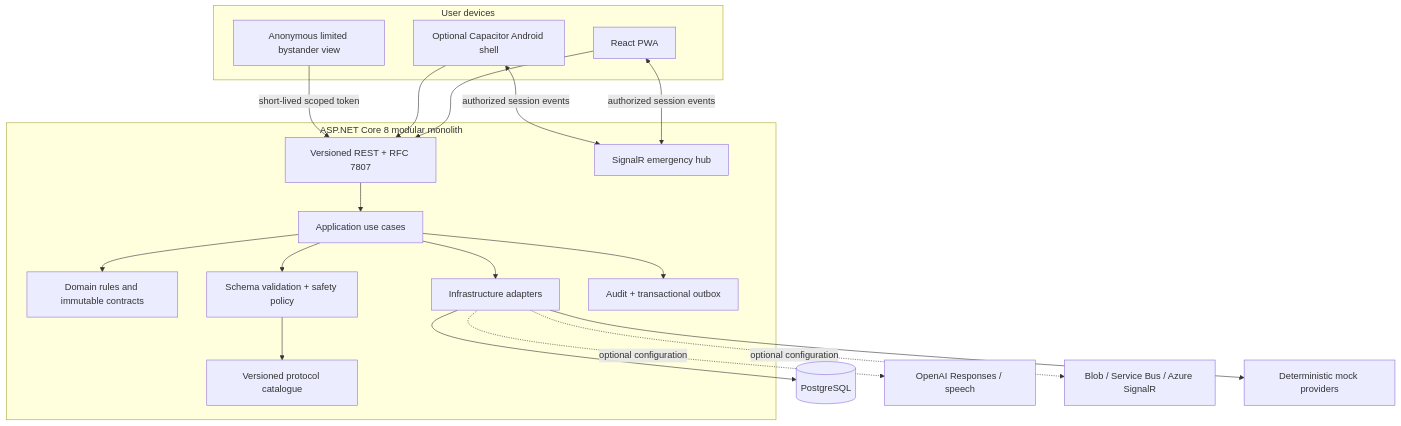
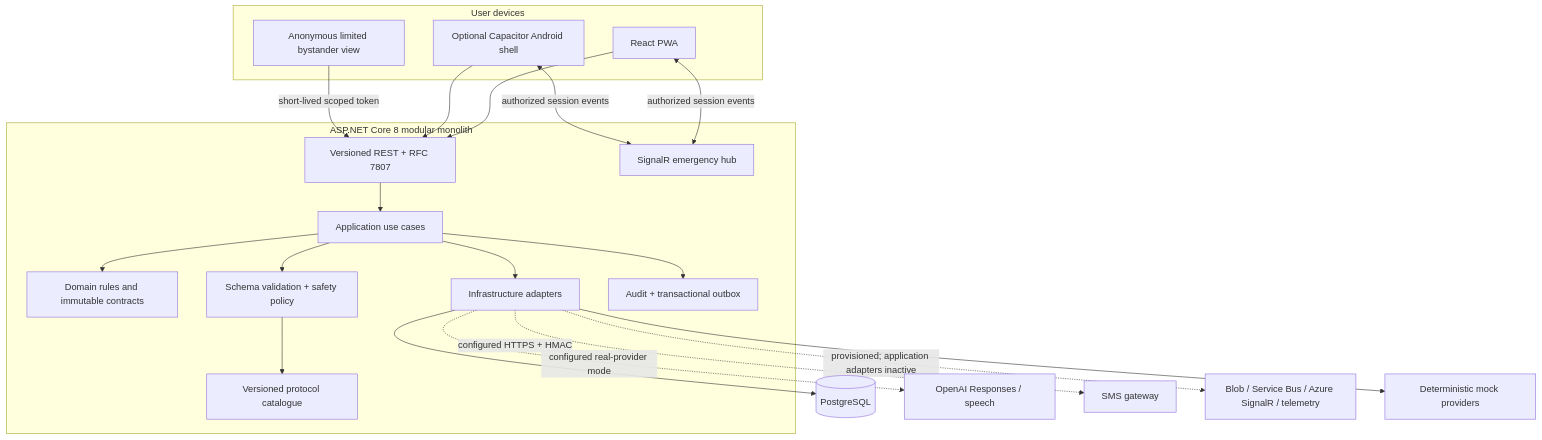
One commit to smahala093/Golden-Hour-AI changed the first of 6 diagrams in docs/ARCHITECTURE.md. Above: the diagram before and after it, drawn with Mermaid. The commit also changed other lines of this file and 84 other files, not shown here.

````diff
--- a/docs/ARCHITECTURE.md
+++ b/docs/ARCHITECTURE.md
@@ -11,33 +11,34 @@
 ```mermaid
 flowchart TB
     subgraph Client["User devices"]
       PWA["React PWA"]
       Android["Optional Capacitor Android shell"]
       Bystander["Anonymous limited bystander view"]
     end
 
     subgraph Monolith["ASP.NET Core 8 modular monolith"]
       HTTP["Versioned REST + RFC 7807"]
       SignalR["SignalR emergency hub"]
       Application["Application use cases"]
       Domain["Domain rules and immutable contracts"]
       Safety["Schema validation + safety policy"]
       Protocols["Versioned protocol catalogue"]
       Infra["Infrastructure adapters"]
       Outbox["Audit + transactional outbox"]
     end
 
     PWA --> HTTP
     Android --> HTTP
     Bystander -->|"short-lived scoped token"| HTTP
     PWA <-->|"authorized session events"| SignalR
     Android <-->|"authorized session events"| SignalR
     HTTP --> Application --> Domain
     Application --> Safety --> Protocols
     Application --> Infra
     Application --> Outbox
     Infra --> Db[(PostgreSQL)]
-    Infra -. "optional configuration" .-> AI["OpenAI Responses / speech"]
-    Infra -. "optional configuration" .-> Azure["Blob / Service Bus / Azure SignalR"]
+    Infra -. "configured real-provider mode" .-> AI["OpenAI Responses / speech"]
+    Infra -. "configured HTTPS + HMAC" .-> SMS["SMS gateway"]
+    Infra -. "provisioned; application adapters inactive" .-> Azure["Blob / Service Bus / Azure SignalR / telemetry"]
     Infra --> Mock["Deterministic mock providers"]
 ```
````
